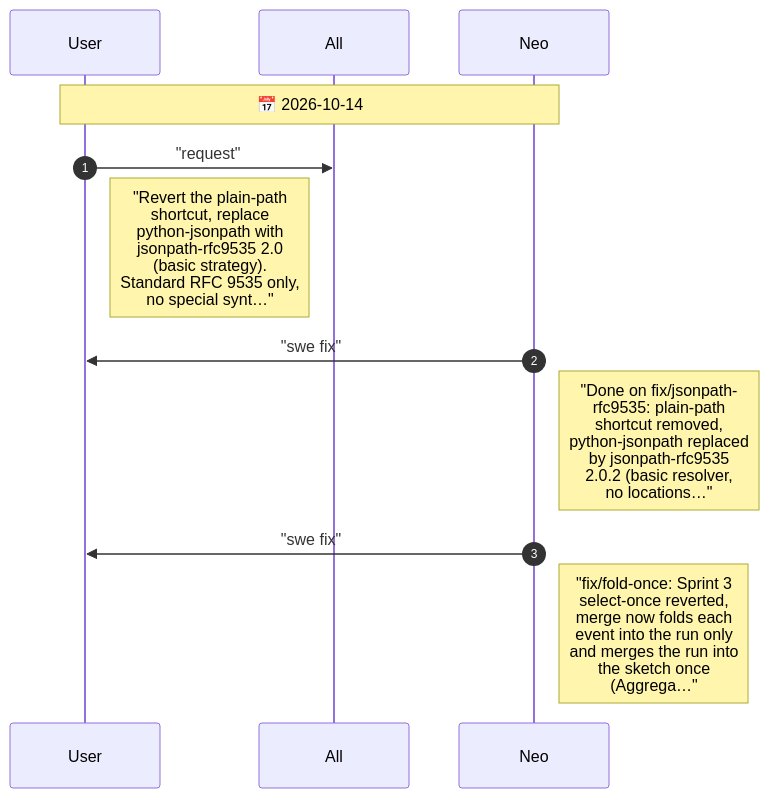
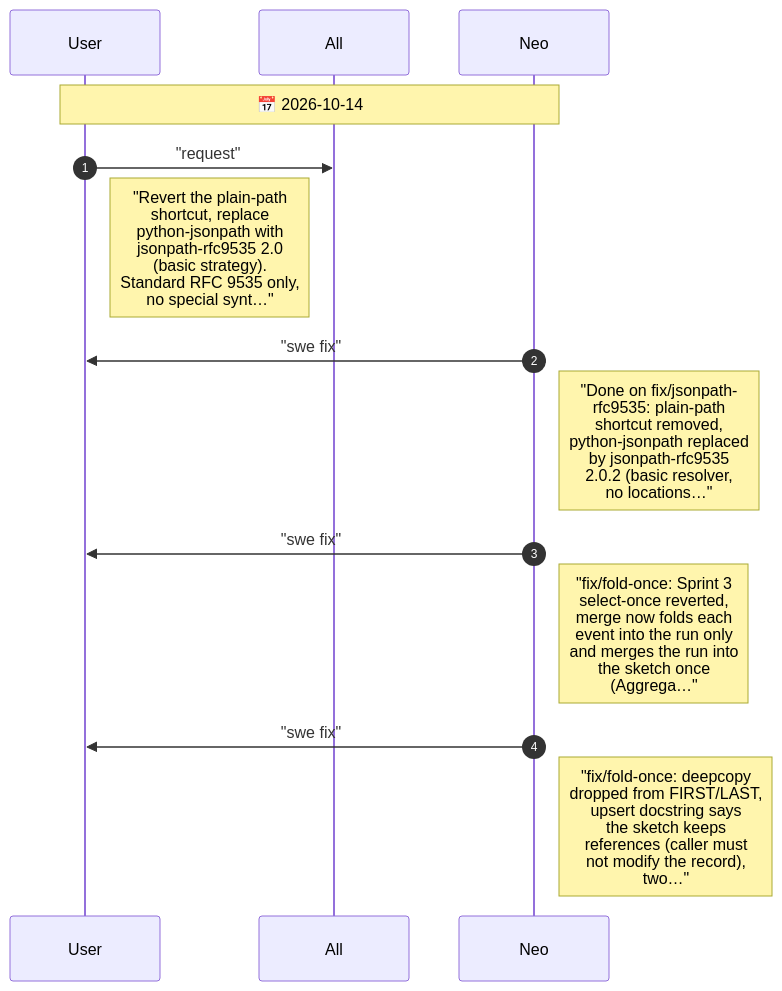
Before and after one commit to drusifer/sketch-tastic: the diagram in agents/CHAT.diagram.md, drawn with Mermaid. The commit also changed 6 other files, not shown here.

First line of the commit message:
perf!: store FIRST/LAST samples without copying

````diff
--- a/agents/CHAT.diagram.md
+++ b/agents/CHAT.diagram.md
@@ -5,15 +5,17 @@
 ```mermaid
 %%{init: {"sequence": {"messageFontSize": 14, "noteFontSize": 18, "actorFontSize": 14}}}%%
 sequenceDiagram
     autonumber
     participant User
     participant All
     participant Neo
     Note over User,Neo: 📅 2026-10-14
     User->>All: "request"
     Note right of User: "Revert the plain-path<br/>shortcut, replace<br/>python-jsonpath with<br/>jsonpath-rfc9535 2.0<br/>(basic strategy).<br/>Standard RFC 9535 only,<br/>no special synt…"
     Neo->>User: "swe fix"
     Note right of Neo: "Done on fix/jsonpath-<br/>rfc9535: plain-path<br/>shortcut removed,<br/>python-jsonpath replaced<br/>by jsonpath-rfc9535<br/>2.0.2 (basic resolver,<br/>no locations…"
     Neo->>User: "swe fix"
     Note right of Neo: "fix/fold-once: Sprint 3<br/>select-once reverted,<br/>merge now folds each<br/>event into the run only<br/>and merges the run into<br/>the sketch once<br/>(Aggrega…"
+    Neo->>User: "swe fix"
+    Note right of Neo: "fix/fold-once: deepcopy<br/>dropped from FIRST/LAST,<br/>upsert docstring says<br/>the sketch keeps<br/>references (caller must<br/>not modify the record),<br/>two…"
 ```
````
